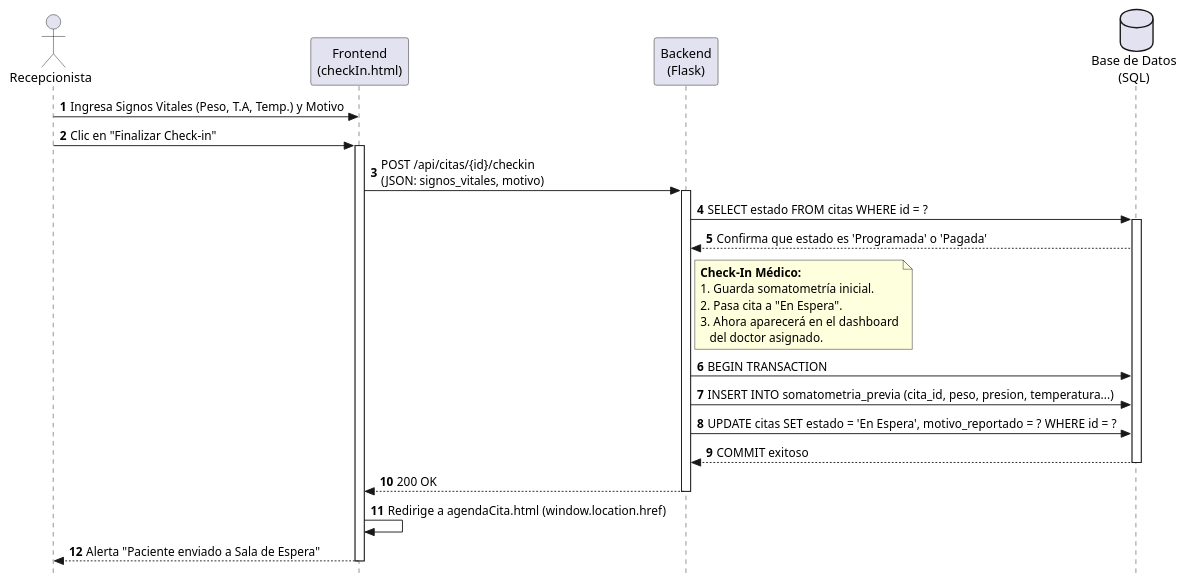
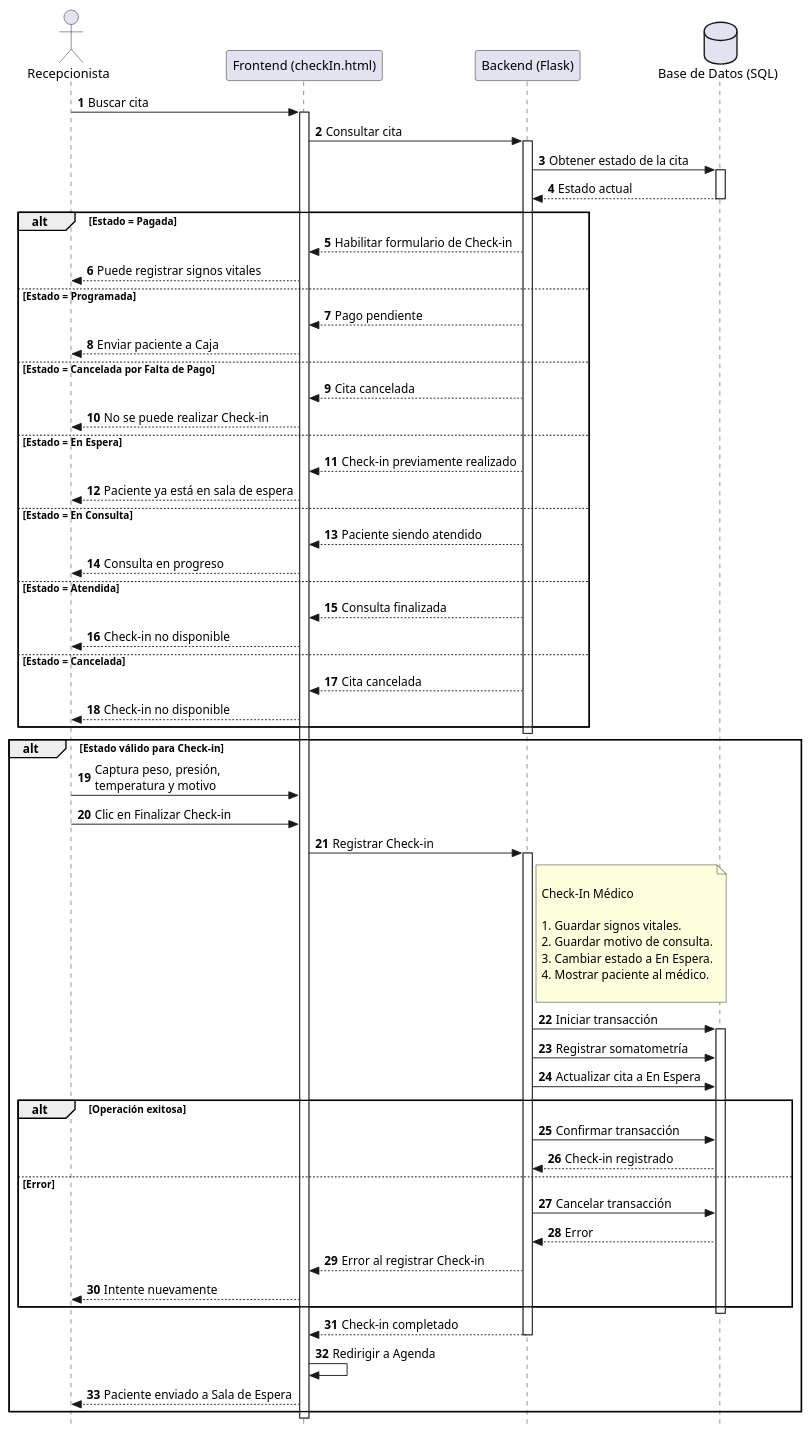
One commit to AlgorithmQuantum/Proyecto changed the diagram in DiagramasSecuencia/Recepcion/checkIn.puml. Above: the diagram before and after it, drawn with PlantUML. The commit also changed 11 other files, not shown here.

Commit message:
correciones del los diagramas

```diff
--- a/DiagramasSecuencia/Recepcion/checkIn.puml
+++ b/DiagramasSecuencia/Recepcion/checkIn.puml
@@ -1,45 +1,135 @@
 @startuml proceso_checkin
+
 skinparam style strictuml
+
 autonumber
 
 actor Recepcionista
-participant "Frontend\n(checkIn.html)" as UI
-participant "Backend\n(Flask)" as Flask
-database "Base de Datos\n(SQL)" as BD
+participant "Frontend (checkIn.html)" as UI
+participant "Backend (Flask)" as Flask
+database "Base de Datos (SQL)" as BD
 
-' El usuario llega a la pantalla desde la Agenda
-Recepcionista -> UI: Ingresa Signos Vitales (Peso, T.A, Temp.) y Motivo
-Recepcionista -> UI: Clic en "Finalizar Check-in"
+Recepcionista -> UI: Buscar cita
+
 activate UI
 
-UI -> Flask: POST /api/citas/{id}/checkin\n(JSON: signos_vitales, motivo)
+UI -> Flask: Consultar cita
+
 activate Flask
 
-' Validación de seguridad
-Flask -> BD: SELECT estado FROM citas WHERE id = ?
+Flask -> BD: Obtener estado de la cita
+
 activate BD
-BD --> Flask: Confirma que estado es 'Programada' o 'Pagada'
 
-' Transacción de actualización
-note right of Flask
-  **Check-In Médico:**
-  1. Guarda somatometría inicial.
-  2. Pasa cita a "En Espera".
-  3. Ahora aparecerá en el dashboard
-     del doctor asignado.
-end note
+BD --> Flask: Estado actual
 
-Flask -> BD: BEGIN TRANSACTION
-Flask -> BD: INSERT INTO somatometria_previa (cita_id, peso, presion, temperatura...)
-Flask -> BD: UPDATE citas SET estado = 'En Espera', motivo_reportado = ? WHERE id = ?
-BD --> Flask: COMMIT exitoso
 deactivate BD
 
-Flask --> UI: 200 OK
+alt Estado = Pagada
+
+    Flask --> UI: Habilitar formulario de Check-in
+
+    UI --> Recepcionista: Puede registrar signos vitales
+
+else Estado = Programada
+
+    Flask --> UI: Pago pendiente
+
+    UI --> Recepcionista: Enviar paciente a Caja
+
+else Estado = Cancelada por Falta de Pago
+
+    Flask --> UI: Cita cancelada
+
+    UI --> Recepcionista: No se puede realizar Check-in
+
+else Estado = En Espera
+
+    Flask --> UI: Check-in previamente realizado
+
+    UI --> Recepcionista: Paciente ya está en sala de espera
+
+else Estado = En Consulta
+
+    Flask --> UI: Paciente siendo atendido
+
+    UI --> Recepcionista: Consulta en progreso
+
+else Estado = Atendida
+
+    Flask --> UI: Consulta finalizada
+
+    UI --> Recepcionista: Check-in no disponible
+
+else Estado = Cancelada
+
+    Flask --> UI: Cita cancelada
+
+    UI --> Recepcionista: Check-in no disponible
+
+end
+
 deactivate Flask
 
-UI -> UI: Redirige a agendaCita.html (window.location.href)
-UI --> Recepcionista: Alerta "Paciente enviado a Sala de Espera"
+alt Estado válido para Check-in
+
+    Recepcionista -> UI: Captura peso, presión,\ntemperatura y motivo
+
+    Recepcionista -> UI: Clic en Finalizar Check-in
+
+    UI -> Flask: Registrar Check-in
+
+    activate Flask
+
+    note right of Flask
+
+      Check-In Médico
+
+      1. Guardar signos vitales.
+      2. Guardar motivo de consulta.
+      3. Cambiar estado a En Espera.
+      4. Mostrar paciente al médico.
+
+    end note
+
+    Flask -> BD: Iniciar transacción
+
+    activate BD
+
+    Flask -> BD: Registrar somatometría
+
+    Flask -> BD: Actualizar cita a En Espera
+
+    alt Operación exitosa
+
+        Flask -> BD: Confirmar transacción
+
+        BD --> Flask: Check-in registrado
+
+    else Error
+
+        Flask -> BD: Cancelar transacción
+
+        BD --> Flask: Error
+
+        Flask --> UI: Error al registrar Check-in
+
+        UI --> Recepcionista: Intente nuevamente
+
+    end
+
+    deactivate BD
+
+    Flask --> UI: Check-in completado
+
+    deactivate Flask
+
+    UI -> UI: Redirigir a Agenda
+
+    UI --> Recepcionista: Paciente enviado a Sala de Espera
+
+end
+
 deactivate UI
 
 @enduml
```
